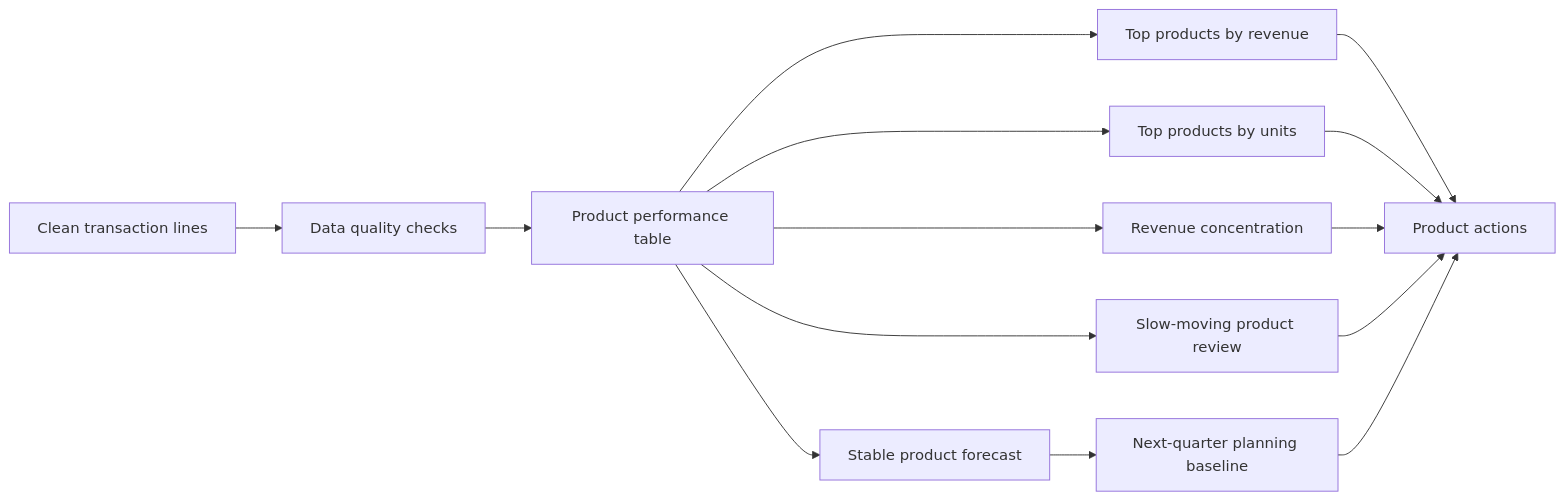
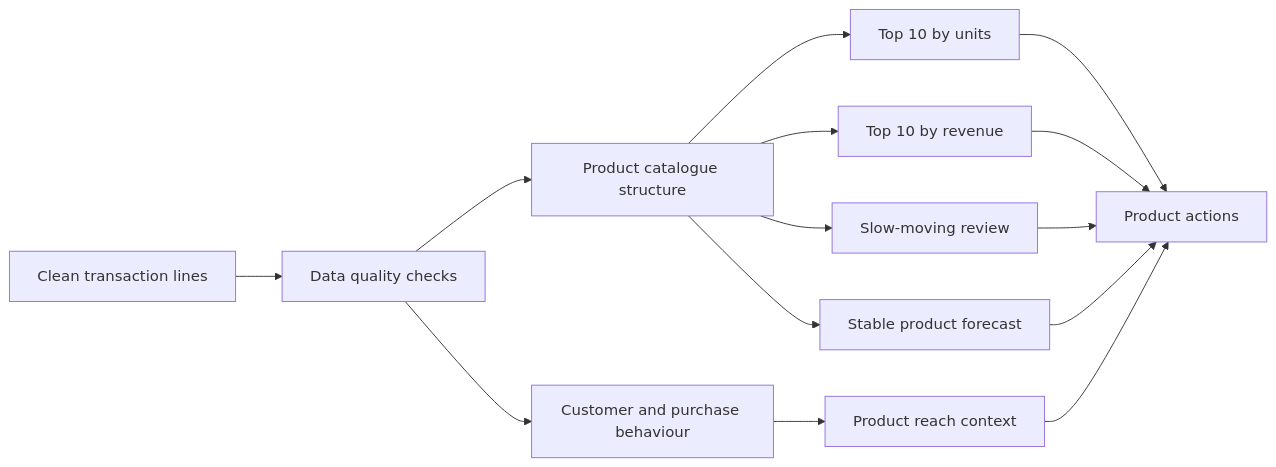
The diagram in README.md (Kaidxc/customer-retention-sql-dashboard), drawn with Mermaid before and after one commit. The commit also changed other lines of this file and 16 other files, not shown here.

Commit message:
Add customer purchase context to product report

````diff
--- a/README.md
+++ b/README.md
@@ -162,16 +211,16 @@
 ```mermaid
 flowchart LR
     A[Clean transaction lines] --> B[Data quality checks]
-    B --> C[Product performance table]
-    C --> D[Top products by revenue]
-    C --> E[Top products by units]
-    C --> F[Revenue concentration]
-    C --> G[Slow-moving product review]
-    C --> H[Stable product forecast]
-    H --> I[Next-quarter planning baseline]
-    D --> J[Product actions]
-    E --> J
-    F --> J
-    G --> J
-    I --> J
+    B --> C[Product catalogue structure]
+    B --> D[Customer and purchase behaviour]
+    C --> E[Top 10 by units]
+    C --> F[Top 10 by revenue]
+    D --> G[Product reach context]
+    E --> H[Product actions]
+    F --> H
+    G --> H
+    C --> I[Slow-moving review]
+    C --> J[Stable product forecast]
+    I --> H
+    J --> H
 ```
````
